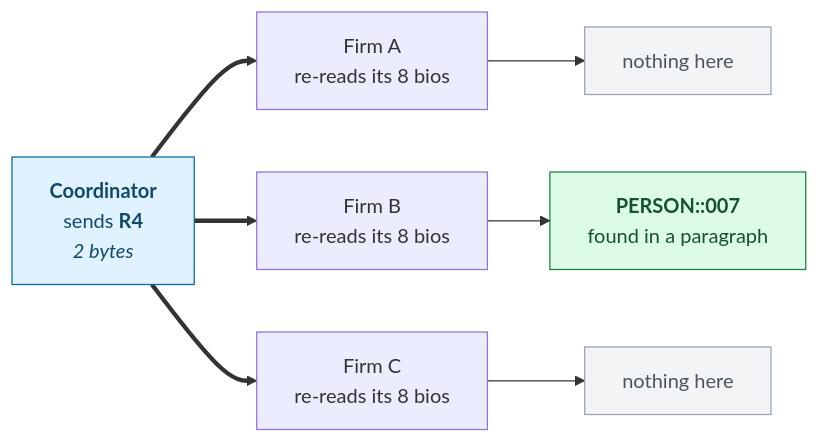
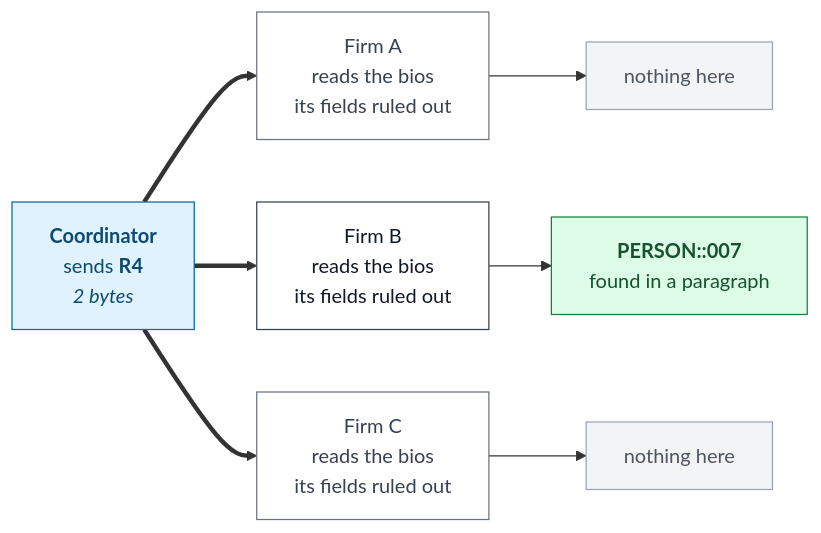
One commit to isenilov/flower-ai-hackathon changed the third of 3 diagrams in docs/slides/slides.md. Above: the diagram before and after it, drawn with Mermaid. The commit also changed other lines of this file and 2 other files, not shown here.

First line of the commit message:
docs(docs): say that round 1 searched fields, not the whole library

````diff
--- a/docs/slides/slides.md
+++ b/docs/slides/slides.md
@@ -343,19 +355,22 @@
 ```mermaid {scale: 0.72}
 flowchart LR
     c["<b>Coordinator</b><br/>sends <b>R4</b><br/><i>2 bytes</i>"]
-    a["Firm A<br/>re-reads its 8 bios"]
-    b["Firm B<br/>re-reads its 8 bios"]
-    x["Firm C<br/>re-reads its 8 bios"]
+    a["Firm A<br/>reads the bios<br/>its fields ruled out"]
+    b["Firm B<br/>reads the bios<br/>its fields ruled out"]
+    x["Firm C<br/>reads the bios<br/>its fields ruled out"]
     ra["nothing here"]
     rb["<b>PERSON::007</b><br/>found in a paragraph"]
     rx["nothing here"]
 
     c ==> a --> ra
     c ==> b --> rb
     c ==> x --> rx
 
     style c fill:#e0f2fe,stroke:#0369a1,color:#0c4a6e
     style rb fill:#dcfce7,stroke:#15803d,color:#14532d
     style ra fill:#f3f4f6,stroke:#9ca3af,color:#4b5563
     style rx fill:#f3f4f6,stroke:#9ca3af,color:#4b5563
+    style a fill:#fff,stroke:#6b7280,color:#374151
+    style b fill:#fff,stroke:#374151,color:#111827
+    style x fill:#fff,stroke:#6b7280,color:#374151
 ```
````
